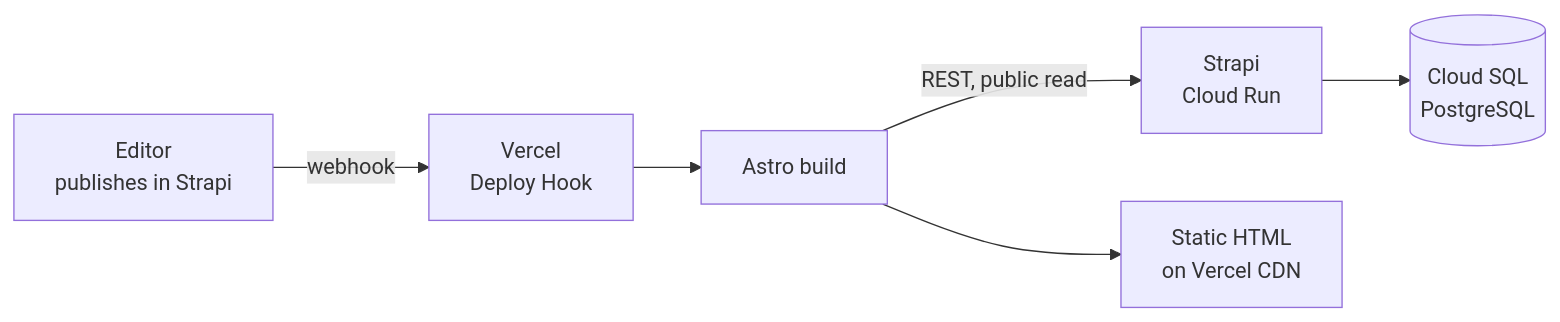
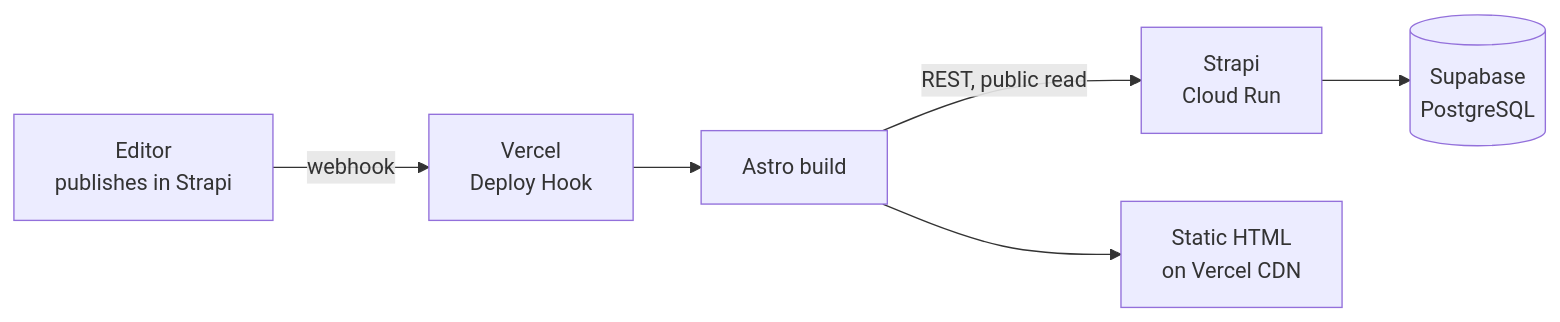
The first of 3 diagrams in docs/ARCHITECTURE.md (AnggaWikaNugraha/knowly-headless-cms), drawn with Mermaid before and after one commit. The commit also changed other lines of this file and 8 other files, not shown here.

````diff
--- a/docs/ARCHITECTURE.md
+++ b/docs/ARCHITECTURE.md
@@ -66,8 +67,8 @@
 ```mermaid
 flowchart LR
     E["Editor<br/>publishes in Strapi"] -->|webhook| VH["Vercel<br/>Deploy Hook"]
     VH --> B["Astro build"]
     B -->|"REST, public read"| S["Strapi<br/>Cloud Run"]
-    S --> DB[("Cloud SQL<br/>PostgreSQL")]
+    S --> DB[("Supabase<br/>PostgreSQL")]
     B --> ST["Static HTML<br/>on Vercel CDN"]
 ```
````
